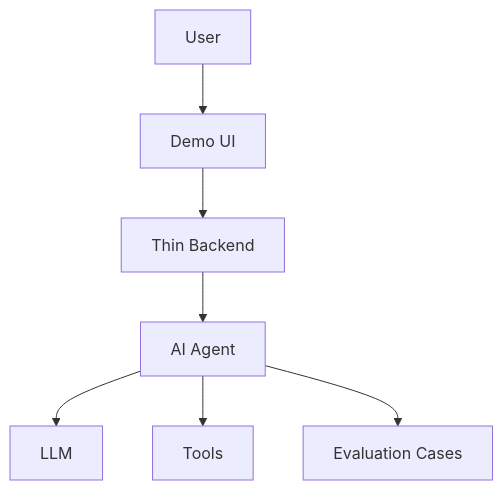
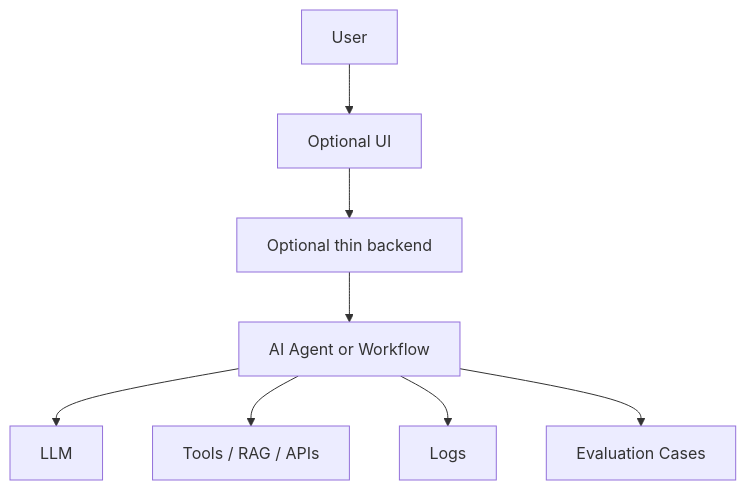
Before and after one commit to VTTr2004/MySkills: the diagram in vinuni-ai-project/assets/templates/ARCHITECTURE.md, drawn with Mermaid. The commit also changed other lines of this file and 77 other files, not shown here.

````diff
--- a/vinuni-ai-project/assets/templates/ARCHITECTURE.md
+++ b/vinuni-ai-project/assets/templates/ARCHITECTURE.md
@@ -9,9 +9,10 @@
 ```mermaid
 graph TB
-    User[User] --> UI[Demo UI]
-    UI --> API[Thin Backend]
-    API --> Agent[AI Agent]
+    User[User] --> UI[Optional UI]
+    UI --> API[Optional thin backend]
+    API --> Agent[AI Agent or Workflow]
     Agent --> LLM[LLM]
-    Agent --> Tools[Tools]
+    Agent --> Tools[Tools / RAG / APIs]
+    Agent --> Logs[Logs]
     Agent --> Eval[Evaluation Cases]
 ```
````
